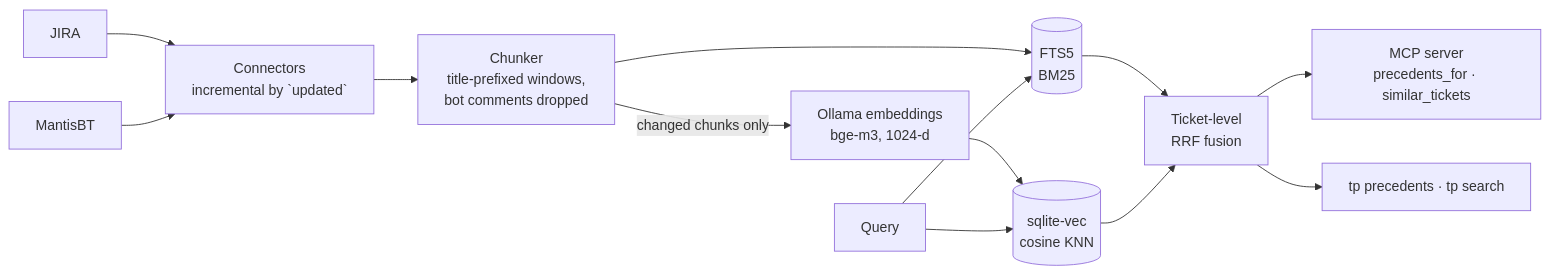
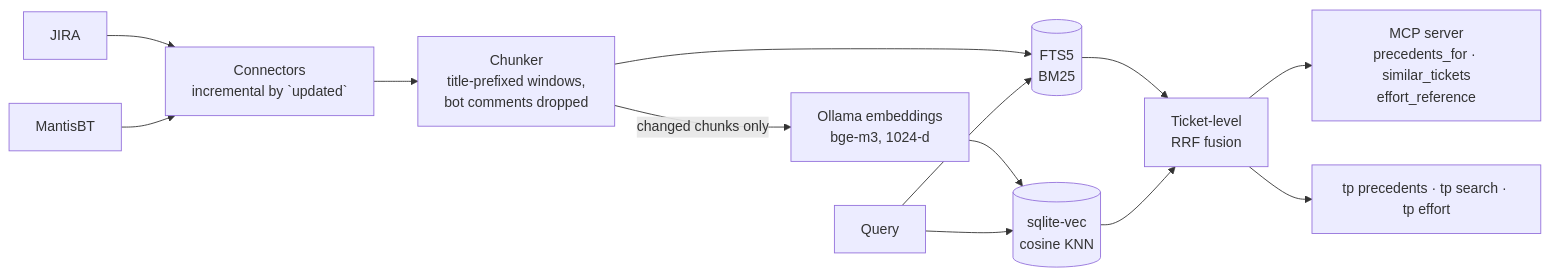
Before and after one commit to bondie/ticket-precedent: the diagram in README.md, drawn with Mermaid. The commit also changed other lines of this file and 10 other files, not shown here.

First line of the commit message:
feat: effort reference from similar finished tickets

````diff
--- a/README.md
+++ b/README.md
@@ -227,15 +235,15 @@
 ```mermaid
 flowchart LR
     J[JIRA] --> C[Connectors<br/>incremental by `updated`]
     M[MantisBT] --> C
     C --> K[Chunker<br/>title-prefixed windows,<br/>bot comments dropped]
     K -->|changed chunks only| E[Ollama embeddings<br/>bge-m3, 1024-d]
     K --> F[(FTS5<br/>BM25)]
     E --> V[(sqlite-vec<br/>cosine KNN)]
     Q[Query] --> F
     Q --> V
     F --> R[Ticket-level<br/>RRF fusion]
     V --> R
-    R --> MCP[MCP server<br/>precedents_for · similar_tickets]
-    R --> CLI[tp precedents · tp search]
+    R --> MCP[MCP server<br/>precedents_for · similar_tickets<br/>effort_reference]
+    R --> CLI[tp precedents · tp search · tp effort]
 ```
````
